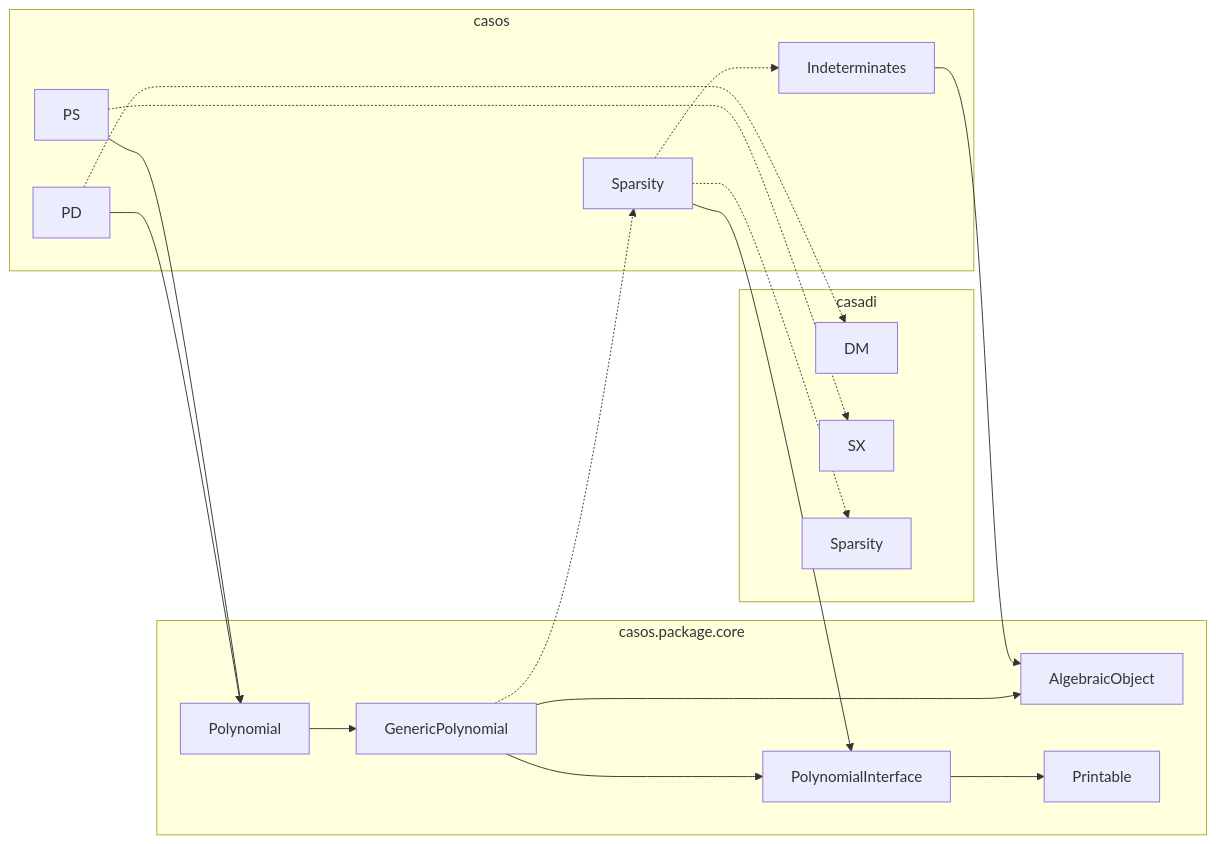
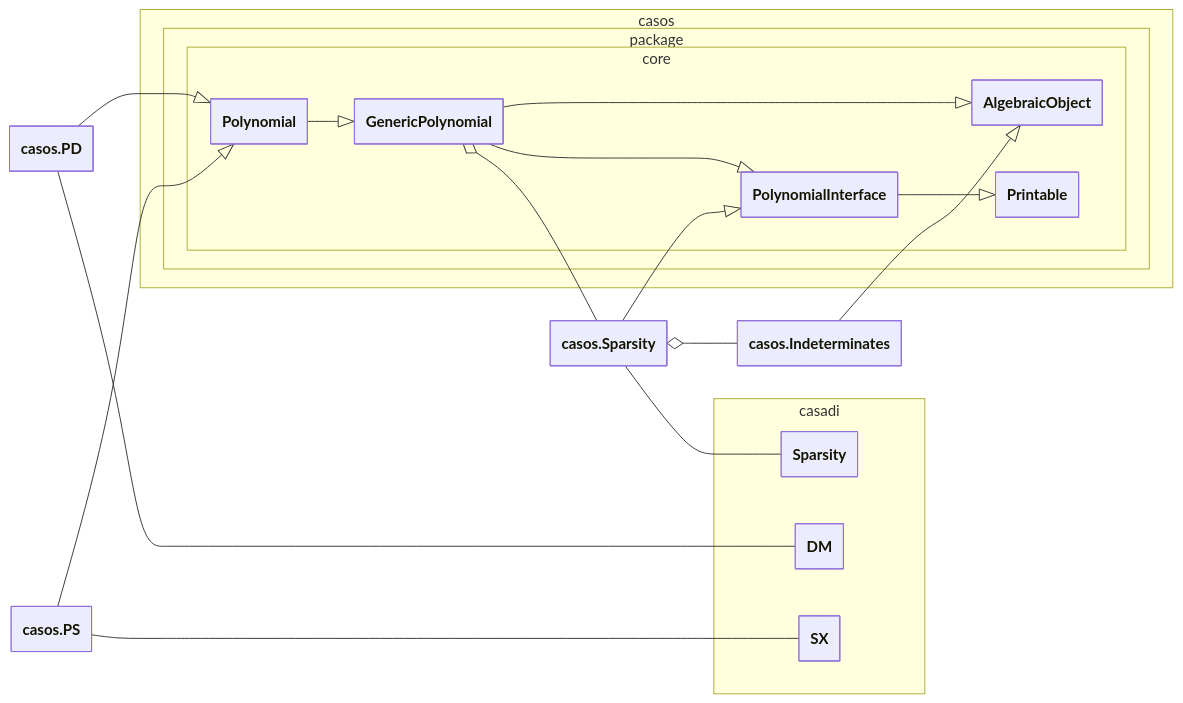
Before and after one commit to iFR-ACSO/casos: the first of 3 diagrams in +casos/+package/README.md, drawn with Mermaid. The commit also changed other lines of this file, not shown here.

````diff
--- a/+casos/+package/README.md
+++ b/+casos/+package/README.md
@@ -4,27 +4,39 @@
 ```mermaid
-flowchart LR
-  subgraph casadi
-    casadi.DM[DM]
-    casadi.SX[SX]
-    casadi.Sparsity[Sparsity]
-  end
-  subgraph casos
-    casos.PD[PD]
-    casos.PS[PS]
-    casos.Sparsity[Sparsity] -.-> casos.Indeterminates[Indeterminates]
-  end
-  subgraph casos.package.core
-    Polynomial --> GenericPolynomial
-    GenericPolynomial --> AlgebraicObject
-    GenericPolynomial --> PolynomialInterface
-    PolynomialInterface --> Printable
-  end
-  casos.PD --> Polynomial
-  casos.PD -.-> casadi.DM
-  casos.PS --> Polynomial
-  casos.PS -.-> casadi.SX
-  casos.Sparsity --> PolynomialInterface
-  casos.Sparsity -.-> casadi.Sparsity
-  casos.Indeterminates --> AlgebraicObject
-  GenericPolynomial -.-> casos.Sparsity
+---
+config:
+  class:
+    hideEmptyMembersBox: true
+---
+classDiagram
+  direction LR
+  namespace casadi {
+    class casadi.DM["DM"]
+    class casadi.SX["SX"]
+    class casadi.Sparsity["Sparsity"]
+  }
+  namespace casos.package.core {
+    class Polynomial
+    class GenericPolynomial
+    class AlgebraicObject
+    class PolynomialInterface
+    class Printable
+  }
+  Polynomial --|> GenericPolynomial
+  GenericPolynomial --|> AlgebraicObject
+  GenericPolynomial --|> PolynomialInterface
+  PolynomialInterface --|> Printable
+  %% general
+  class casos.PD
+  class casos.PS
+  class casos.Sparsity
+  class casos.Indeterminates
+  casos.Sparsity o-- casos.Indeterminates
+  casos.PD --|> Polynomial
+  casos.PD -- casadi.DM
+  casos.PS --|> Polynomial
+  casos.PS -- casadi.SX
+  casos.Sparsity --|> PolynomialInterface
+  casos.Sparsity -- casadi.Sparsity
+  casos.Indeterminates --|> AlgebraicObject
+  GenericPolynomial o-- casos.Sparsity
 ```
````
